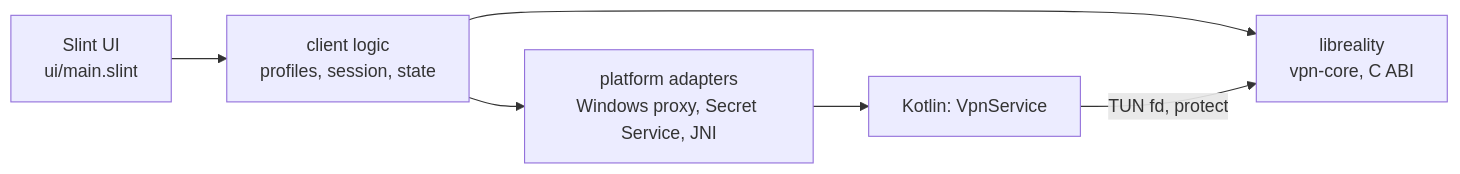
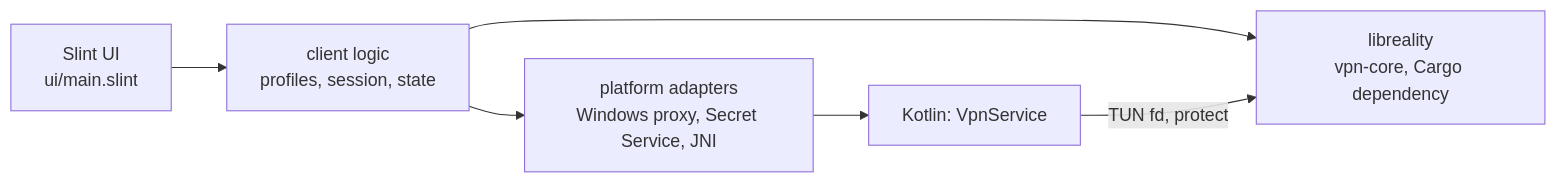
One commit to ERGFT/reality-client changed the diagram in README.en.md. Above: the diagram before and after it, drawn with Mermaid. The commit also changed other lines of this file and 32 other files, not shown here.

First line of the commit message:
build: vpn-core as a Cargo dependency instead of dlopen (stage 4, part 2)

````diff
--- a/README.en.md
+++ b/README.en.md
@@ -91,8 +91,8 @@
 ```mermaid
 flowchart LR
   UI[Slint UI<br/>ui/main.slint] --> L[client logic<br/>profiles, session, state]
   L --> P[platform adapters<br/>Windows proxy, Secret Service, JNI]
-  L --> C[libreality<br/>vpn-core, C ABI]
+  L --> C[libreality<br/>vpn-core, Cargo dependency]
   A[Kotlin: VpnService] -- TUN fd, protect --> C
   P --> A
 ```
````
